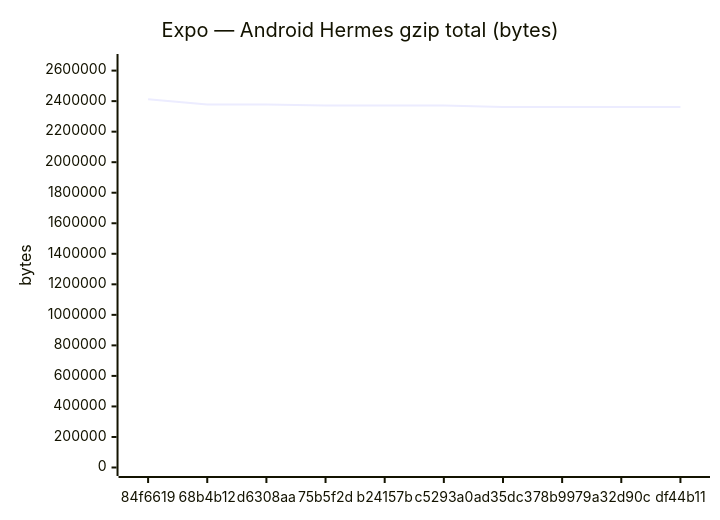
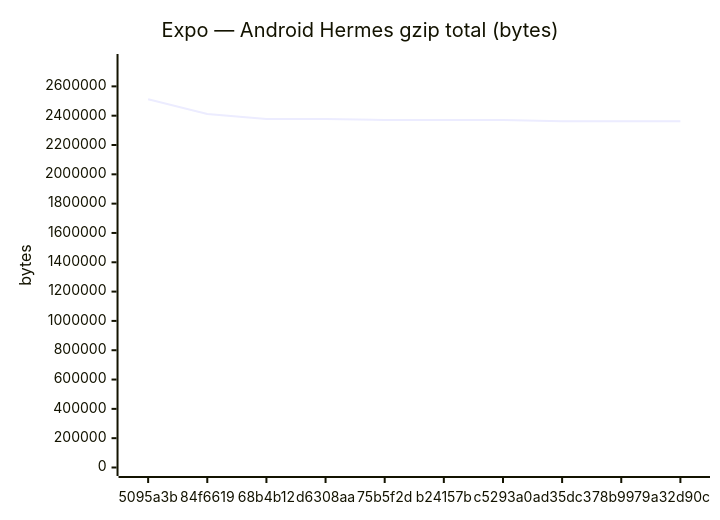
One commit to Metaheurist/Rianell changed the fifth of 18 diagrams in benchmarks/compare.md. Above: the diagram before and after it, drawn with Mermaid. The commit also changed other lines of this file and 11 other files, not shown here.

````diff
--- a/benchmarks/compare.md
+++ b/benchmarks/compare.md
@@ -89,7 +89,7 @@
 ```mermaid
 xychart-beta
     title "Expo — Android Hermes gzip total (bytes)"
-    x-axis ["84f6619", "68b4b12", "d6308aa", "75b5f2d", "b24157b", "c5293a0", "ad35dc3", "78b9979", "a32d90c", "df44b11"]
-    y-axis "bytes" 0 --> 2653105
-    line [2411913, 2377489, 2377488, 2370632, 2370632, 2370634, 2362082, 2362084, 2362047, 2362047]
+    x-axis ["5095a3b", "84f6619", "68b4b12", "d6308aa", "75b5f2d", "b24157b", "c5293a0", "ad35dc3", "78b9979", "a32d90c"]
+    y-axis "bytes" 0 --> 2762834
+    line [2511667, 2411913, 2377489, 2377488, 2370632, 2370632, 2370634, 2362082, 2362084, 2362047]
 ```
````
